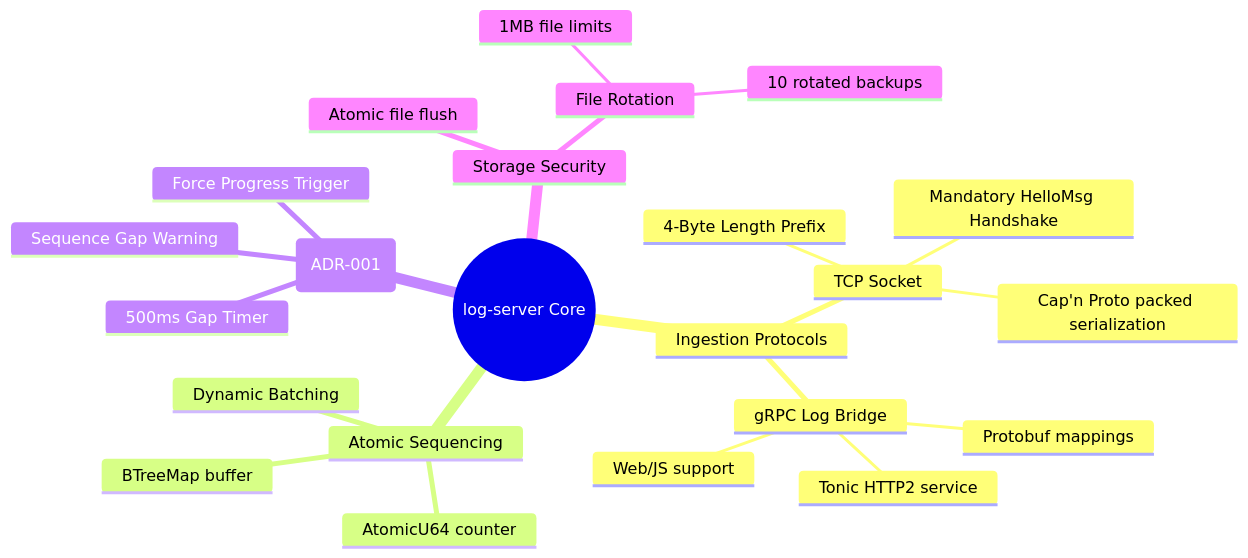
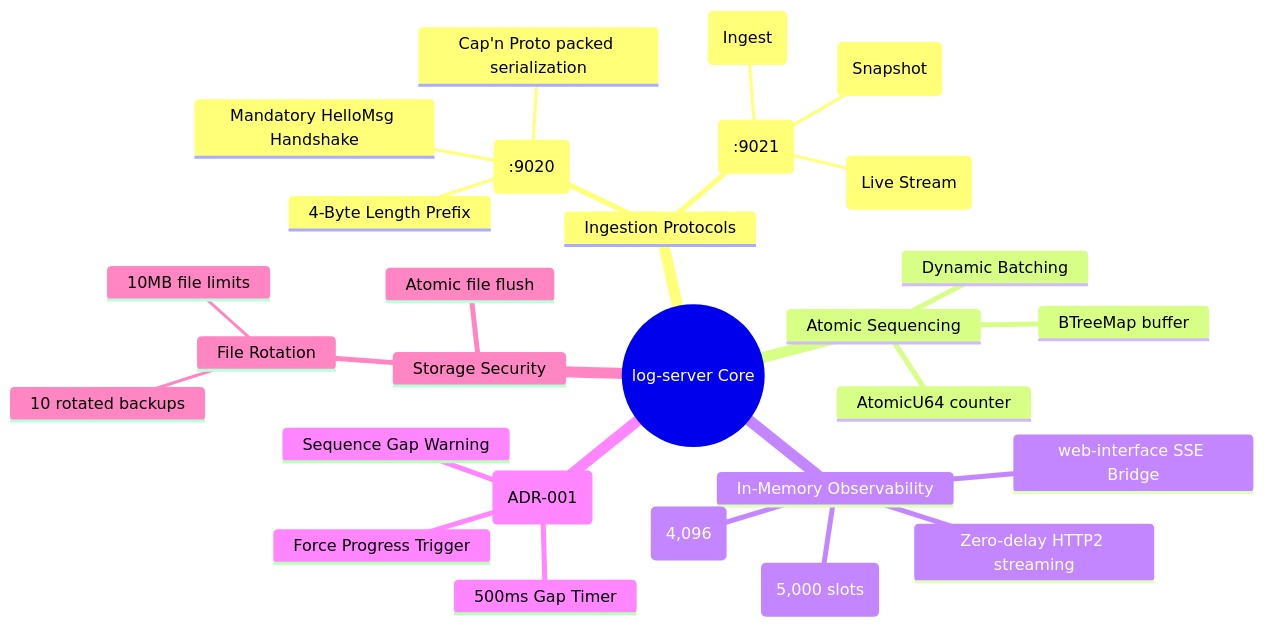
Before and after one commit to Bastien-Antigravity/log-server: the diagram in quick-overview/Features-Behavior.md, drawn with Mermaid. The commit also changed other lines of this file and 33 other files, not shown here.

Commit message:
feat: add real-time log streaming and in-memory ring buffer for live observability

````diff
--- a/quick-overview/Features-Behavior.md
+++ b/quick-overview/Features-Behavior.md
@@ -20,26 +20,31 @@
 ```mermaid
 mindmap
   root((log-server Core))
     Ingestion Protocols
-      TCP Socket
+      TCP Socket (:9020)
         4-Byte Length Prefix
         Mandatory HelloMsg Handshake
         Cap'n Proto packed serialization
-      gRPC Log Bridge
-        Tonic HTTP2 service
-        Protobuf mappings
-        Web/JS support
+      gRPC Log Bridge (:9021)
+        LogMessage RPC (Ingest)
+        GetTailLogs RPC (Snapshot)
+        StreamLogs RPC (Live Stream)
     Atomic Sequencing
       AtomicU64 counter
       BTreeMap buffer
       Dynamic Batching
+    In-Memory Observability
+      LogRingBuffer (5,000 slots)
+      Tokio Broadcast Channel (4,096)
+      Zero-delay HTTP2 streaming
+      web-interface SSE Bridge
     Gap Recovery (ADR-001)
       500ms Gap Timer
       Sequence Gap Warning
       Force Progress Trigger
     Storage Security
       Atomic file flush
       File Rotation
-        1MB file limits
+        10MB file limits
         10 rotated backups
 ```
````
